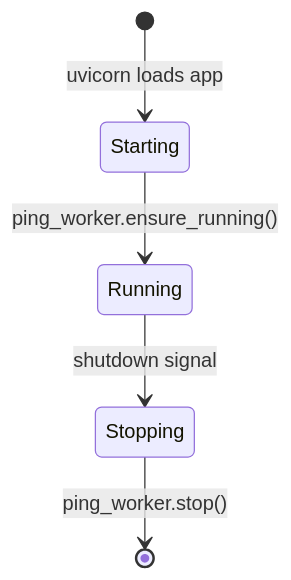
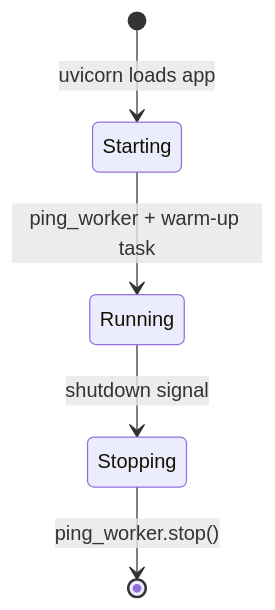
Before and after one commit to Nicosiak/Netscope: the fourth of 10 diagrams in docs/PROJECT_DEEP_DIVE.md, drawn with Mermaid. The commit also changed other lines of this file and 43 other files, not shown here.

````diff
--- a/docs/PROJECT_DEEP_DIVE.md
+++ b/docs/PROJECT_DEEP_DIVE.md
@@ -102,7 +112,7 @@
 ```mermaid
 stateDiagram-v2
     [*] --> Starting: uvicorn loads app
-    Starting --> Running: ping_worker.ensure_running()
+    Starting --> Running: ping_worker + warm-up task
     Running --> Stopping: shutdown signal
     Stopping --> [*]: ping_worker.stop()
 ```
````
